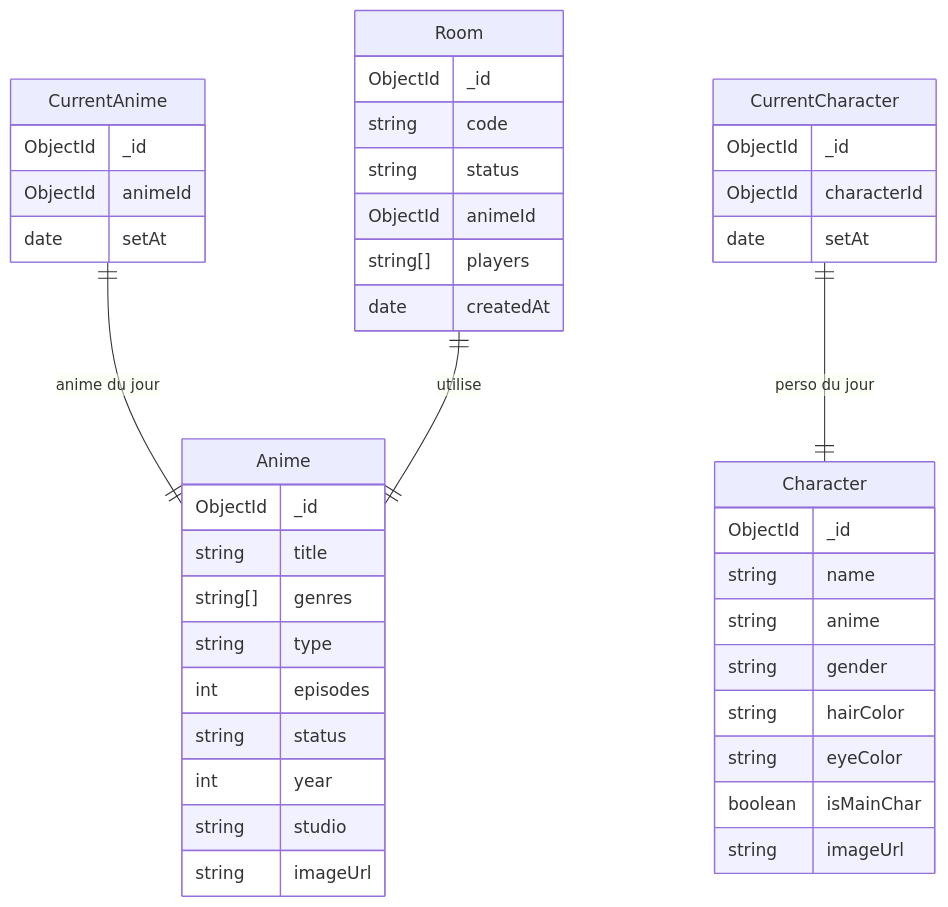
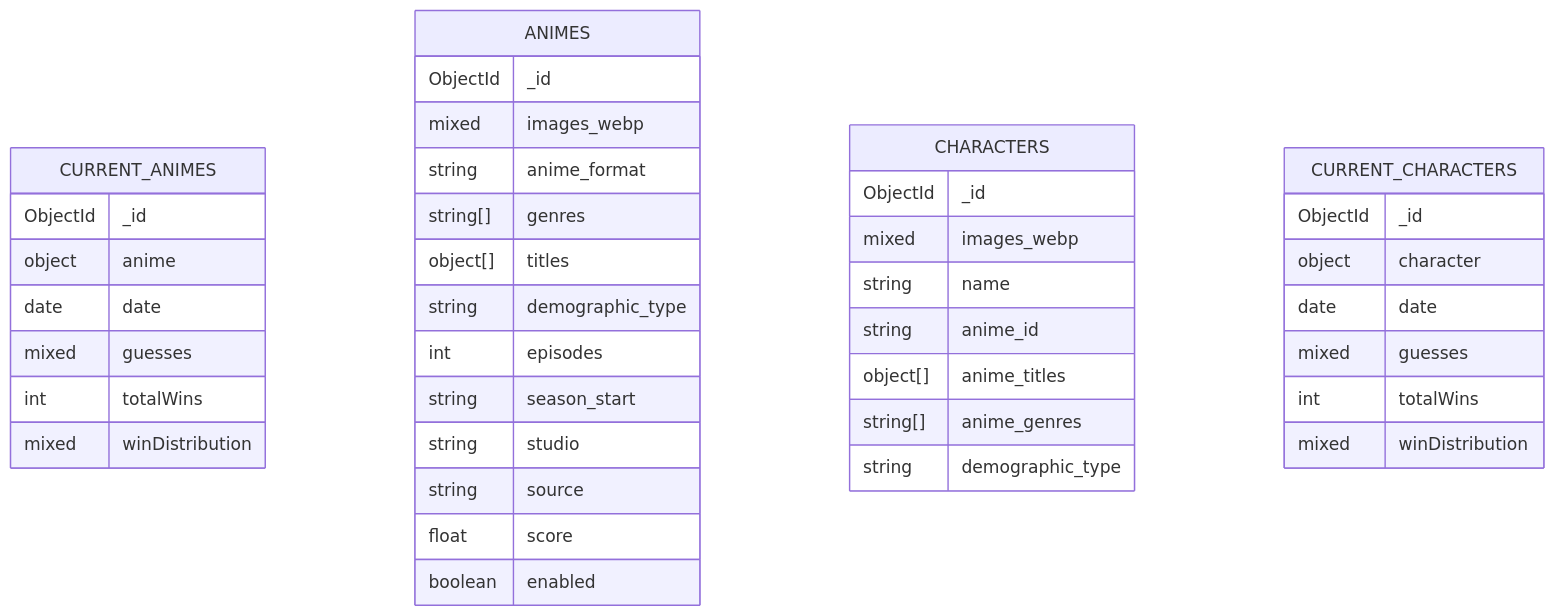
The first of 2 diagrams in slides.md (Shiyamii/presentation-animdle), drawn with Mermaid before and after one commit. The commit also changed other lines of this file and 1 other file, not shown here.

Commit message:
add 1 and 2

````diff
--- a/slides.md
+++ b/slides.md
@@ -257,45 +272,46 @@
-```mermaid {scale: 0.72}
+```mermaid {scale: 0.55}
 erDiagram
-    Anime {
-        ObjectId _id
-        string title
-        string[] genres
-        string type
-        int episodes
-        string status
-        int year
-        string studio
-        string imageUrl
-    }
-    Character {
-        ObjectId _id
-        string name
-        string anime
-        string gender
-        string hairColor
-        string eyeColor
-        boolean isMainChar
-        string imageUrl
-    }
-    CurrentAnime {
-        ObjectId _id
-        ObjectId animeId
-        date setAt
-    }
-    CurrentCharacter {
-        ObjectId _id
-        ObjectId characterId
-        date setAt
-    }
-    Room {
-        ObjectId _id
-        string code
-        string status
-        ObjectId animeId
-        string[] players
-        date createdAt
-    }
-    CurrentAnime ||--|| Anime : "anime du jour"
-    CurrentCharacter ||--|| Character : "perso du jour"
-    Room ||--|| Anime : "utilise"
+  CURRENT_ANIMES {
+    ObjectId _id
+    object   anime
+    date     date
+    mixed    guesses
+    int      totalWins
+    mixed    winDistribution
+  }
+  
+  ANIMES {
+    ObjectId _id
+    mixed    images_webp
+    string   anime_format
+    string[] genres
+    object[] titles
+    string   demographic_type
+    int      episodes
+    string   season_start
+    string   studio
+    string   source
+    float    score
+    boolean  enabled
+  }
+
+  CHARACTERS {
+    ObjectId _id
+    mixed    images_webp
+    string   name
+    string   anime_id
+    object[] anime_titles
+    string[] anime_genres
+    string   demographic_type
+  }
+
+  CURRENT_CHARACTERS {
+    ObjectId _id
+    object   character
+    date     date
+    mixed    guesses
+    int      totalWins
+    mixed    winDistribution
+  }
+
 ```
````
